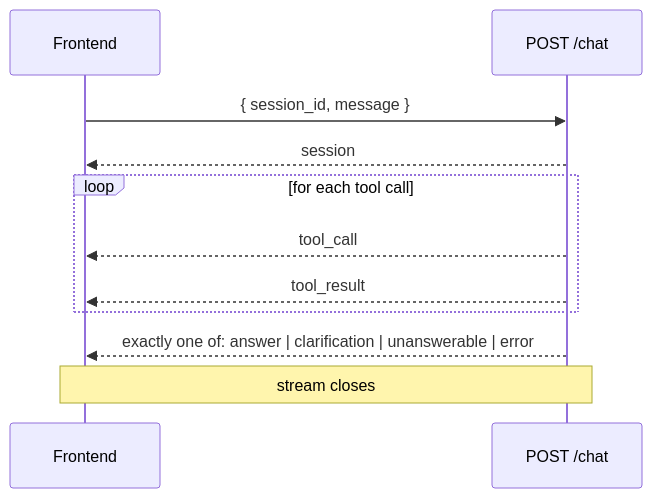
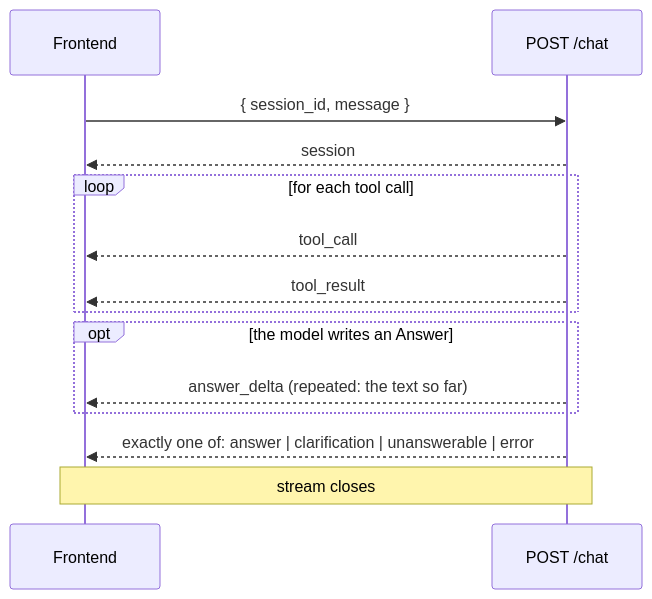
The diagram in docs/chat-api.md (muadht/open-data-assistant), drawn with Mermaid before and after one commit. The commit also changed other lines of this file and 11 other files, not shown here.

First line of the commit message:
Stream the answer text as it's written, shown as a draft (#91)

````diff
--- a/docs/chat-api.md
+++ b/docs/chat-api.md
@@ -47,13 +47,16 @@
 ```mermaid
 sequenceDiagram
     participant FE as Frontend
     participant API as POST /chat
     FE->>API: { session_id, message }
     API-->>FE: session
     loop for each tool call
         API-->>FE: tool_call
         API-->>FE: tool_result
     end
+    opt the model writes an Answer
+        API-->>FE: answer_delta (repeated: the text so far)
+    end
     API-->>FE: exactly one of: answer | clarification | unanswerable | error
     Note over FE,API: stream closes
 ```
````
